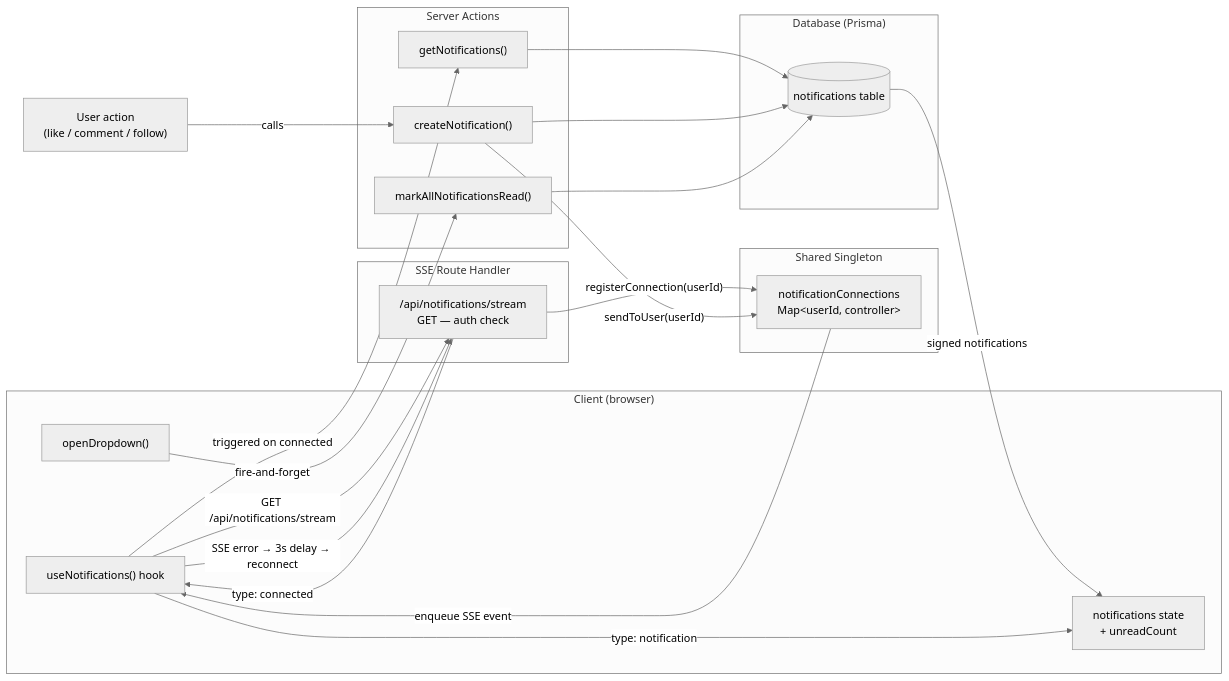
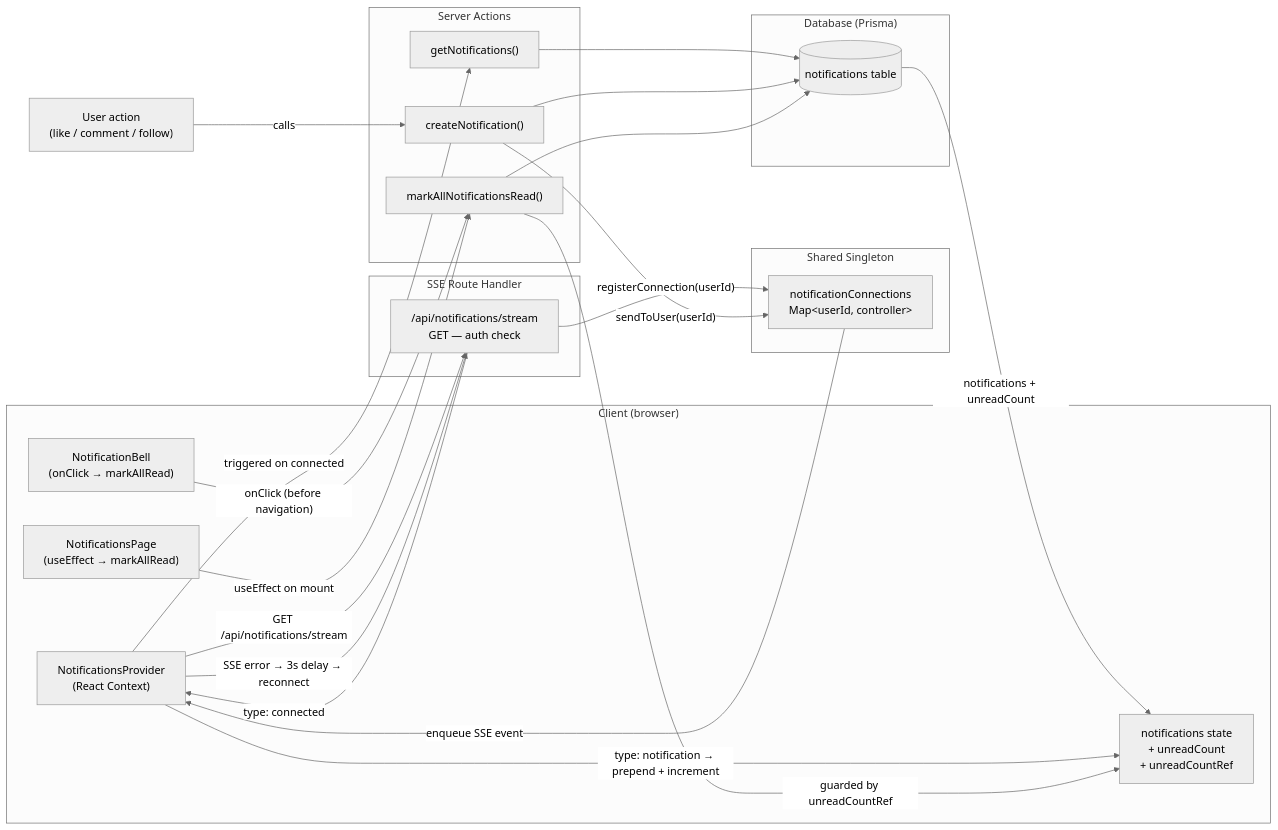
Before and after one commit to MohdMusaiyab/snippitt: the second of 3 diagrams in README.md, drawn with Mermaid (neutral theme). The commit also changed other lines of this file, not shown here.

Commit message:
Revise notifications flowchart and provider details
Updated flowchart and explanations in README.md to reflect changes in notifications handling and provider structure.

````diff
--- a/README.md
+++ b/README.md
@@ -356,44 +356,43 @@
 ```mermaid
 flowchart LR
     subgraph Client ["Client (browser)"]
-        Hook["useNotifications() hook"]
-        State["notifications state\n+ unreadCount"]
-        Open["openDropdown()"]
+        Provider["NotificationsProvider\n(React Context)"]
+        State["notifications state\n+ unreadCount\n+ unreadCountRef"]
+        Bell["NotificationBell\n(onClick → markAllRead)"]
+        Page["NotificationsPage\n(useEffect → markAllRead)"]
     end
-
     subgraph SSE ["SSE Route Handler"]
         Route["/api/notifications/stream\nGET — auth check"]
     end
-
     subgraph Store ["Shared Singleton"]
         Conn["notificationConnections\nMap&lt;userId, controller&gt;"]
     end
-
     subgraph Actions ["Server Actions"]
         GetN["getNotifications()"]
         CreateN["createNotification()"]
         MarkRead["markAllNotificationsRead()"]
     end
-
     subgraph DB ["Database (Prisma)"]
         Notifications[(notifications table)]
     end
 
-    Hook -->|"GET /api/notifications/stream"| Route
+    Provider -->|"GET /api/notifications/stream"| Route
     Route -->|"registerConnection(userId)"| Conn
-    Route -->|"type: connected"| Hook
-    Hook -->|"triggered on connected"| GetN
+    Route -->|"type: connected"| Provider
+    Provider -->|"triggered on connected"| GetN
     GetN --> Notifications
-    Notifications -->|"signed notifications"| State
+    Notifications -->|"notifications + unreadCount"| State
 
     UserAction["User action\n(like / comment / follow)"] -->|"calls"| CreateN
     CreateN --> Notifications
     CreateN -->|"sendToUser(userId)"| Conn
-    Conn -->|"enqueue SSE event"| Hook
-    Hook -->|"type: notification"| State
+    Conn -->|"enqueue SSE event"| Provider
+    Provider -->|"type: notification → prepend + increment"| State
 
-    Open -->|"fire-and-forget"| MarkRead
+    Bell -->|"onClick (before navigation)"| MarkRead
+    Page -->|"useEffect on mount"| MarkRead
+    MarkRead -->|"guarded by unreadCountRef"| State
     MarkRead --> Notifications
 
-    Hook -->|"SSE error → 3s delay → reconnect"| Route
+    Provider -->|"SSE error → 3s delay → reconnect"| Route
 ```
````
